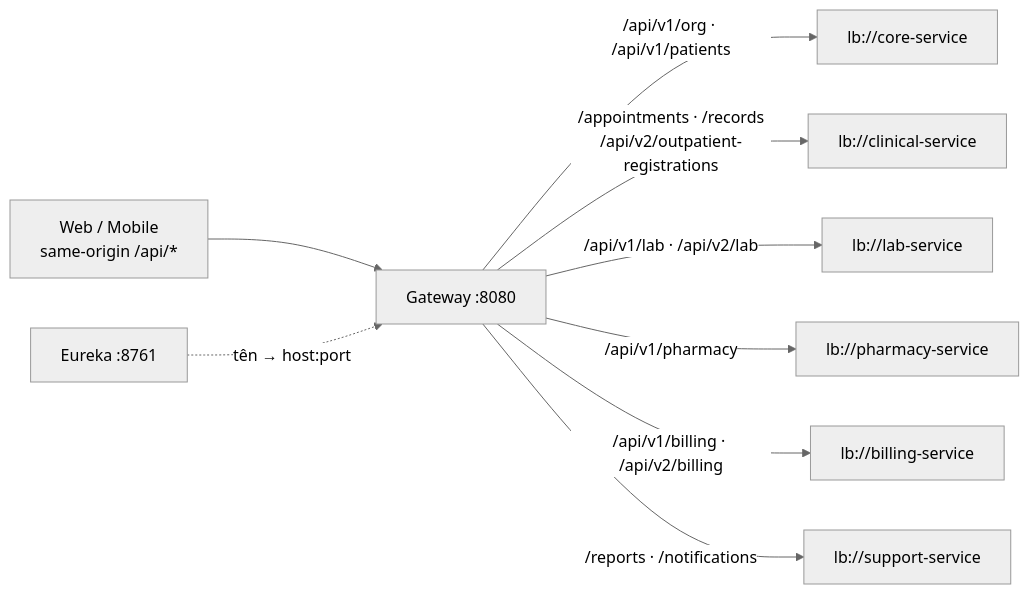
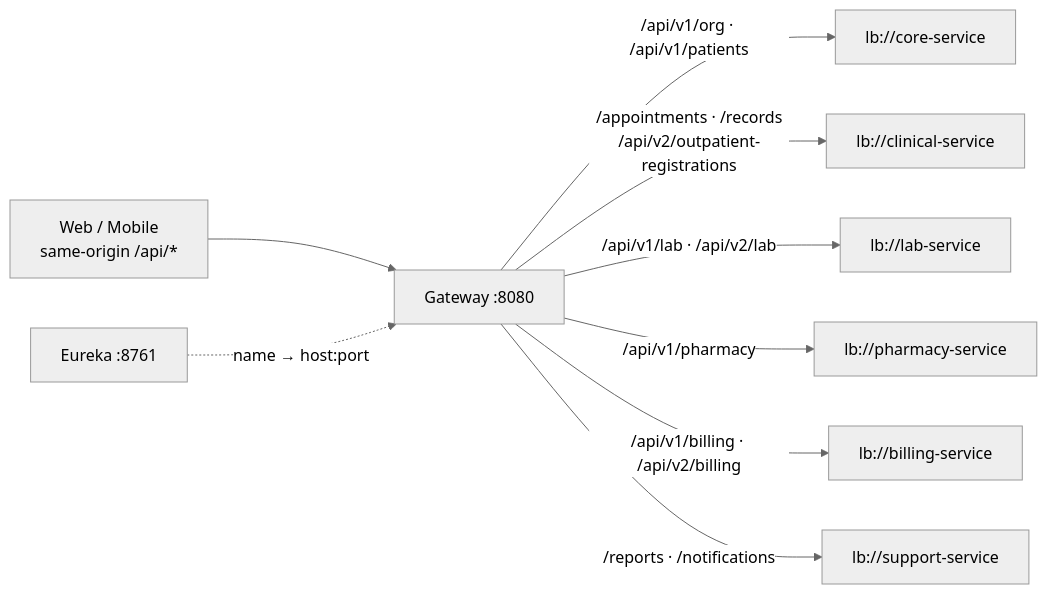
The diagram in scripts/demo_25_10/artifacts/service-demo/diagrams/06.mmd (Dangvinh77/MediFlow), drawn with Mermaid (neutral theme) before and after one commit. The commit also changed 9 other files, not shown here.

```diff
--- a/scripts/demo_25_10/artifacts/service-demo/diagrams/06.mmd
+++ b/scripts/demo_25_10/artifacts/service-demo/diagrams/06.mmd
@@ -1,9 +1,9 @@
 flowchart LR
 C["Web / Mobile<br/>same-origin /api/*"] --> G["Gateway :8080"]
-E["Eureka :8761"] -.->|"tên → host:port"| G
+E["Eureka :8761"] -.->|"name → host:port"| G
 G -->|"/api/v1/org · /api/v1/patients"| CO["lb://core-service"]
 G -->|"/appointments · /records<br/>/api/v2/outpatient-registrations"| CI["lb://clinical-service"]
 G -->|"/api/v1/lab · /api/v2/lab"| LA["lb://lab-service"]
 G -->|"/api/v1/pharmacy"| PC["lb://pharmacy-service"]
 G -->|"/api/v1/billing · /api/v2/billing"| BI["lb://billing-service"]
 G -->|"/reports · /notifications"| SU["lb://support-service"]
```
